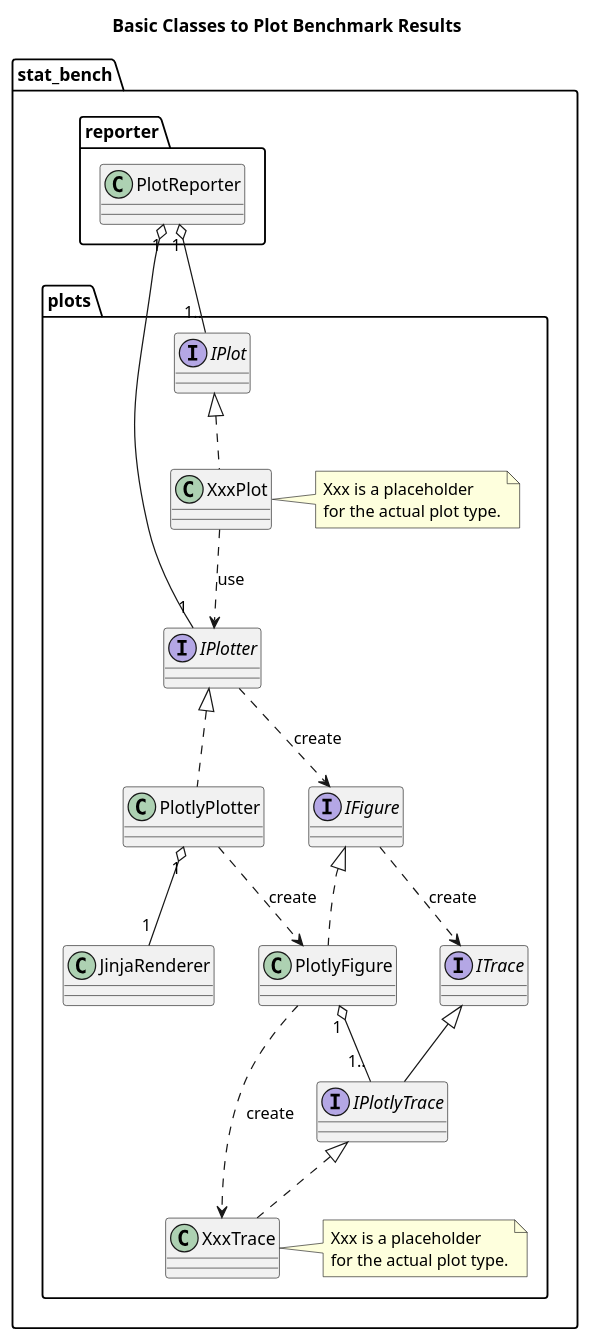
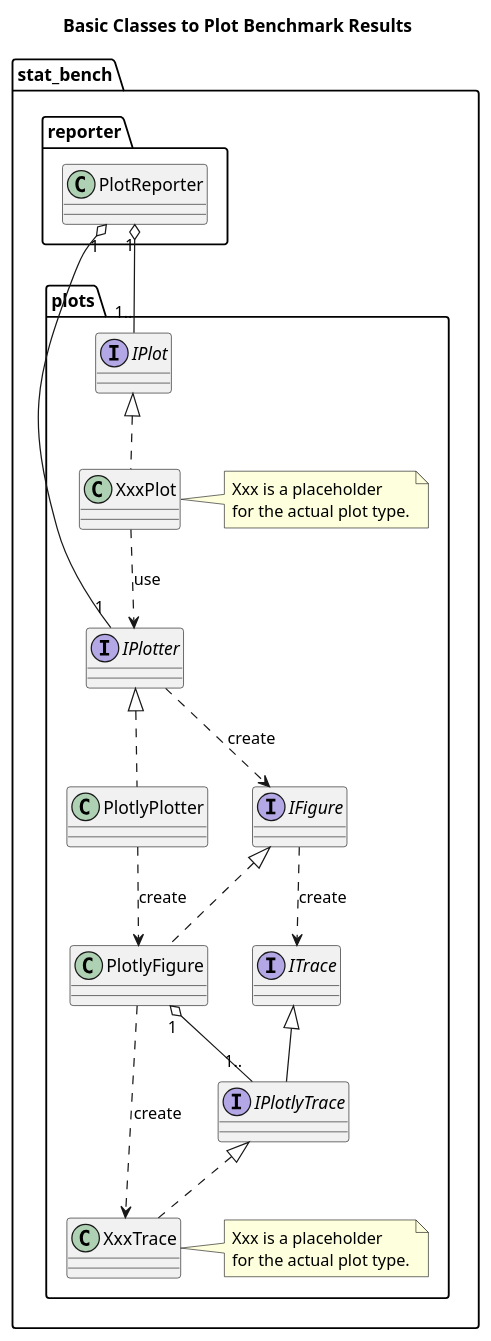
The diagram in doc/sphinx/src/design/classes_plot.puml (MusicScience37/cpp-stat-bench), drawn with PlantUML before and after one commit. The commit also changed 22 other files, not shown here.

Commit message:
:recycle: Remove renderer of Jinja2 which are not used anymore.

```diff
--- a/doc/sphinx/src/design/classes_plot.puml
+++ b/doc/sphinx/src/design/classes_plot.puml
@@ -1,55 +1,52 @@
 @startuml classes_plot
 
 title Basic Classes to Plot Benchmark Results
 
 package stat_bench {
     package reporter {
         class PlotReporter
     }
 
     package plots {
         interface IPlotter
         PlotReporter "1" o-- "1" IPlotter
 
         class PlotlyPlotter
         IPlotter <|.. PlotlyPlotter
 
         interface IFigure
         IPlotter ..> IFigure : create
 
         class PlotlyFigure
         IFigure <|.. PlotlyFigure
         PlotlyPlotter ..> PlotlyFigure : create
 
         interface ITrace
         IFigure ..> ITrace : create
 
         interface IPlotlyTrace
         ITrace <|-- IPlotlyTrace
         PlotlyFigure "1" o-- "1.." IPlotlyTrace
 
         class XxxTrace
         note right
             Xxx is a placeholder
             for the actual plot type.
         end note
         IPlotlyTrace <|.. XxxTrace
         PlotlyFigure ..> XxxTrace : create
 
-        class JinjaRenderer
-        PlotlyPlotter "1" o-- "1" JinjaRenderer
-
         interface IPlot
         PlotReporter "1" o-- "1.." IPlot
 
         class XxxPlot
         note right
             Xxx is a placeholder
             for the actual plot type.
         end note
         IPlot <|.. XxxPlot
         XxxPlot ..> IPlotter : use
     }
 }
 
 @enduml
```
